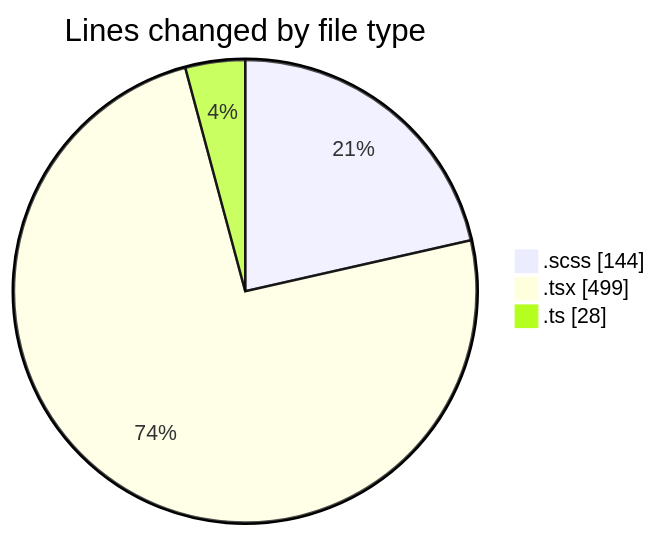
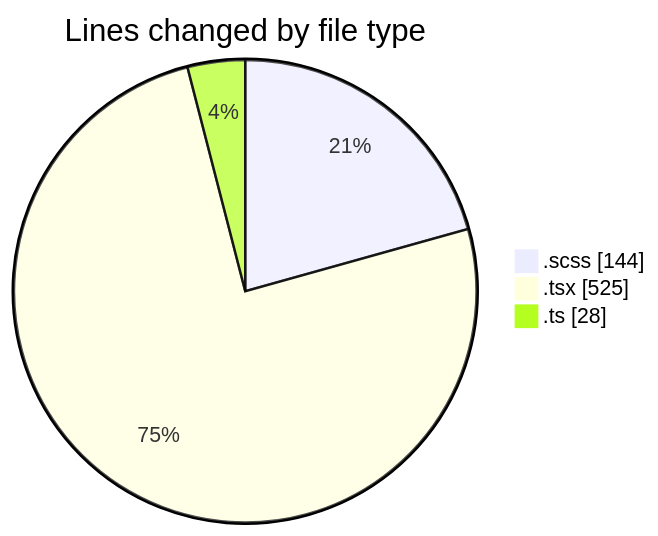
One commit to momahboobian/code-tracking changed the first of 2 diagrams in 2025-02-10/cda/README.md. Above: the diagram before and after it, drawn with Mermaid. The commit also changed other lines of this file and 1 other file, not shown here.

````diff
--- a/2025-02-10/cda/README.md
+++ b/2025-02-10/cda/README.md
@@ -25,7 +25,7 @@
 ```mermaid
 pie showData
 title Lines changed by file type
 ".scss" : 144
-".tsx" : 499
+".tsx" : 525
 ".ts" : 28
 ```
````
